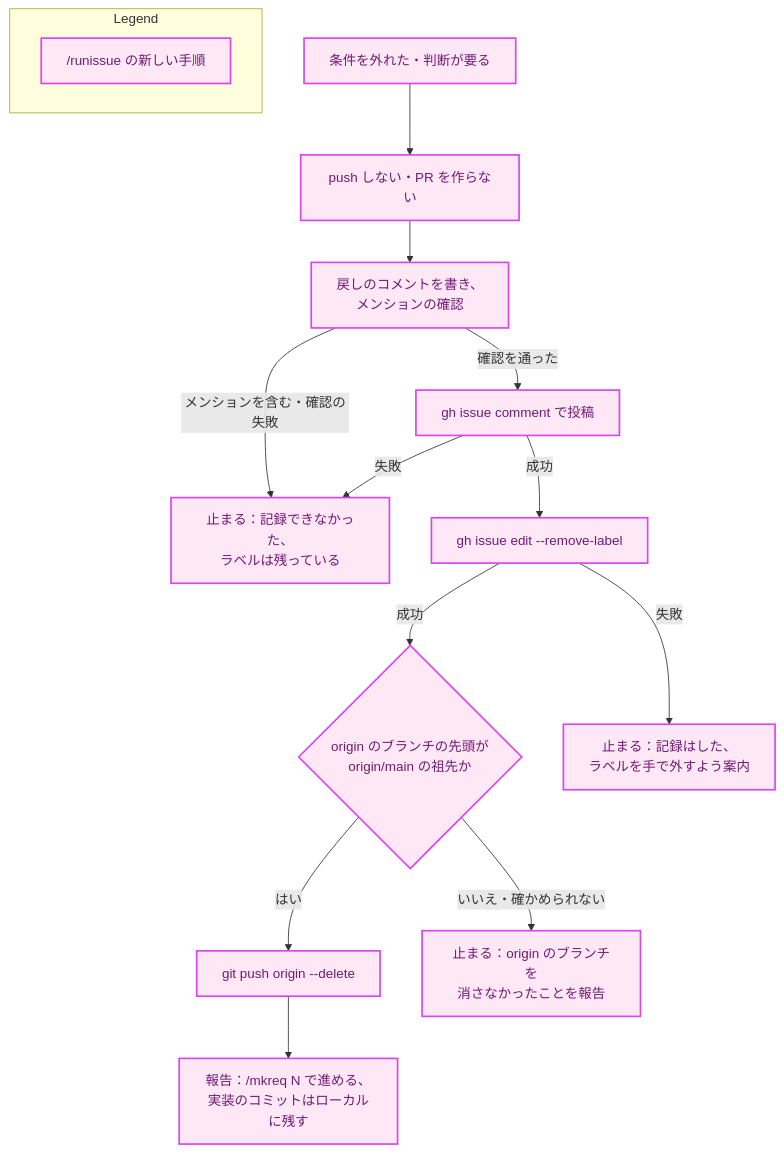
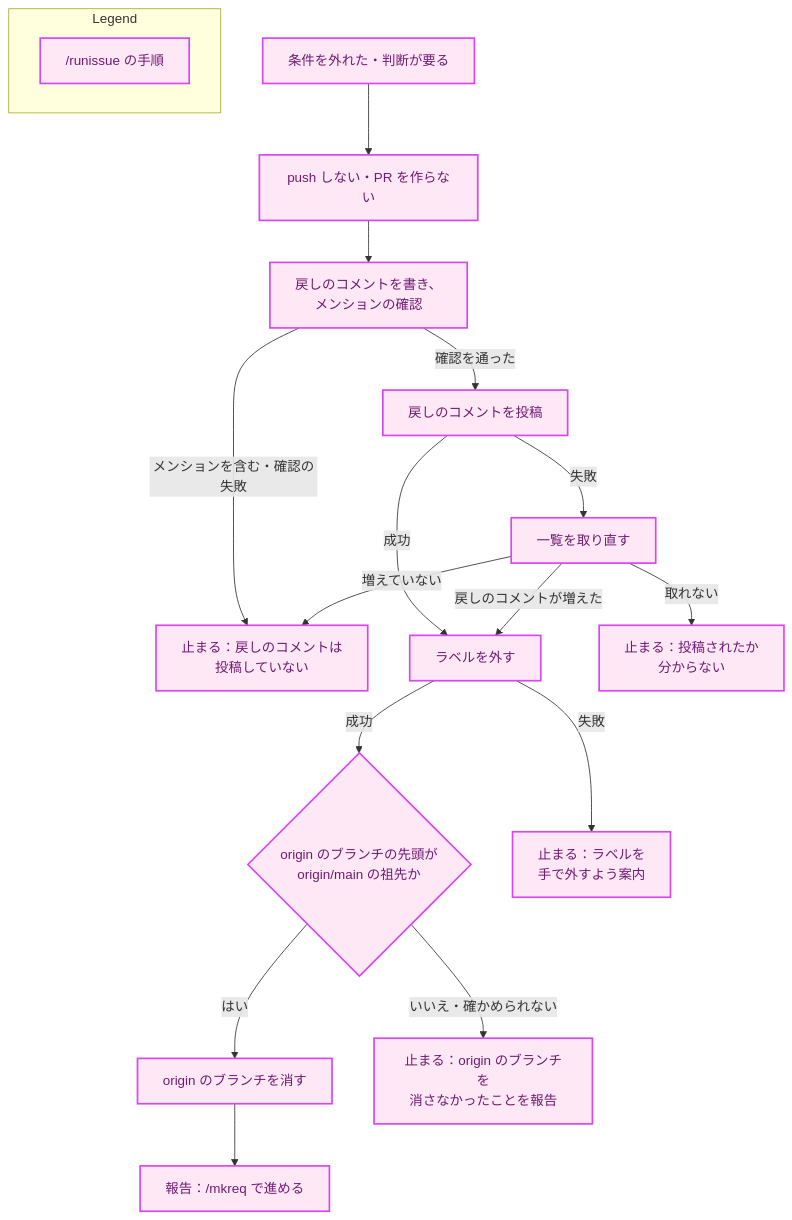
The fifth of 8 diagrams in docs/tasks/0061_lightweight_process/02_architecture.md (isseis/yt2column), drawn with Mermaid before and after one commit. The commit also changed other lines of this file, not shown here.

````diff
--- a/docs/tasks/0061_lightweight_process/02_architecture.md
+++ b/docs/tasks/0061_lightweight_process/02_architecture.md
@@ -605,24 +694,26 @@
 ```mermaid
 flowchart TD
     classDef newpkg fill:#ffe8f5,stroke:#d946ef,stroke-width:2px,color:#701a75;
-    classDef data fill:#e6f7ff,stroke:#1f77b4,stroke-width:1px,color:#0b3d91;
 
     A["条件を外れた・判断が要る"] --> B["push しない・PR を作らない"]
     B --> C["戻しのコメントを書き、<br>メンションの確認"]
-    C -->|"確認を通った"| D["gh issue comment で投稿"]
-    C -->|"メンションを含む・確認の失敗"| X1["止まる：記録できなかった、<br>ラベルは残っている"]
-    D -->|"成功"| E["gh issue edit --remove-label"]
-    D -->|"失敗"| X1
+    C -->|"確認を通った"| D["戻しのコメントを投稿"]
+    C -->|"メンションを含む・確認の失敗"| X1["止まる：戻しのコメントは<br>投稿していない"]
+    D -->|"成功"| E["ラベルを外す"]
+    D -->|"失敗"| Y["一覧を取り直す"]
+    Y -->|"戻しのコメントが増えた"| E
+    Y -->|"増えていない"| X1
+    Y -->|"取れない"| X0["止まる：投稿されたか<br>分からない"]
     E -->|"成功"| F{"origin のブランチの先頭が<br>origin/main の祖先か"}
-    E -->|"失敗"| X2["止まる：記録はした、<br>ラベルを手で外すよう案内"]
-    F -->|"はい"| G["git push origin --delete"]
+    E -->|"失敗"| X2["止まる：ラベルを<br>手で外すよう案内"]
+    F -->|"はい"| G["origin のブランチを消す"]
     F -->|"いいえ・確かめられない"| X3["止まる：origin のブランチを<br>消さなかったことを報告"]
-    G --> H["報告：/mkreq N で進める、<br>実装のコミットはローカルに残す"]
+    G --> H["報告：/mkreq で進める"]
 
-    class A,B,C,D,E,F,G,H,X1,X2,X3 newpkg
+    class A,B,C,D,E,F,G,H,X0,X1,X2,X3,Y newpkg
 
     subgraph Legend["Legend"]
-        L1["/runissue の新しい手順"]
+        L1["/runissue の手順"]
     end
     class L1 newpkg
 ```
````
